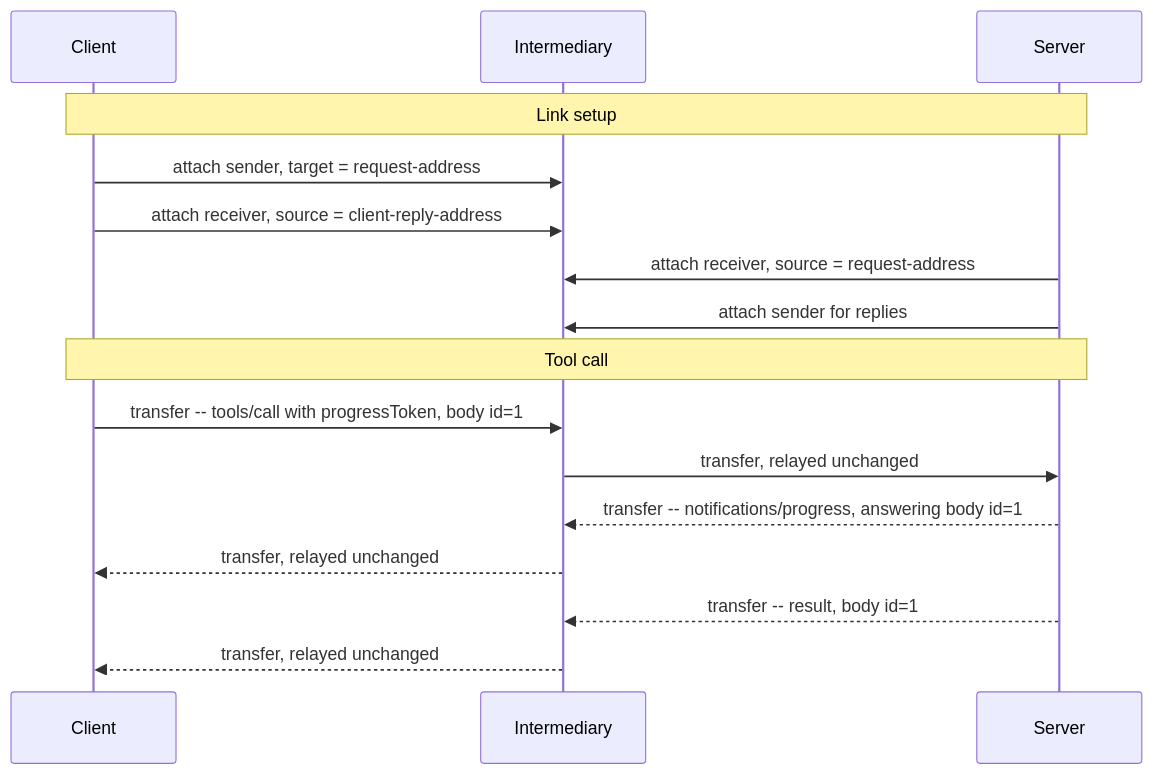
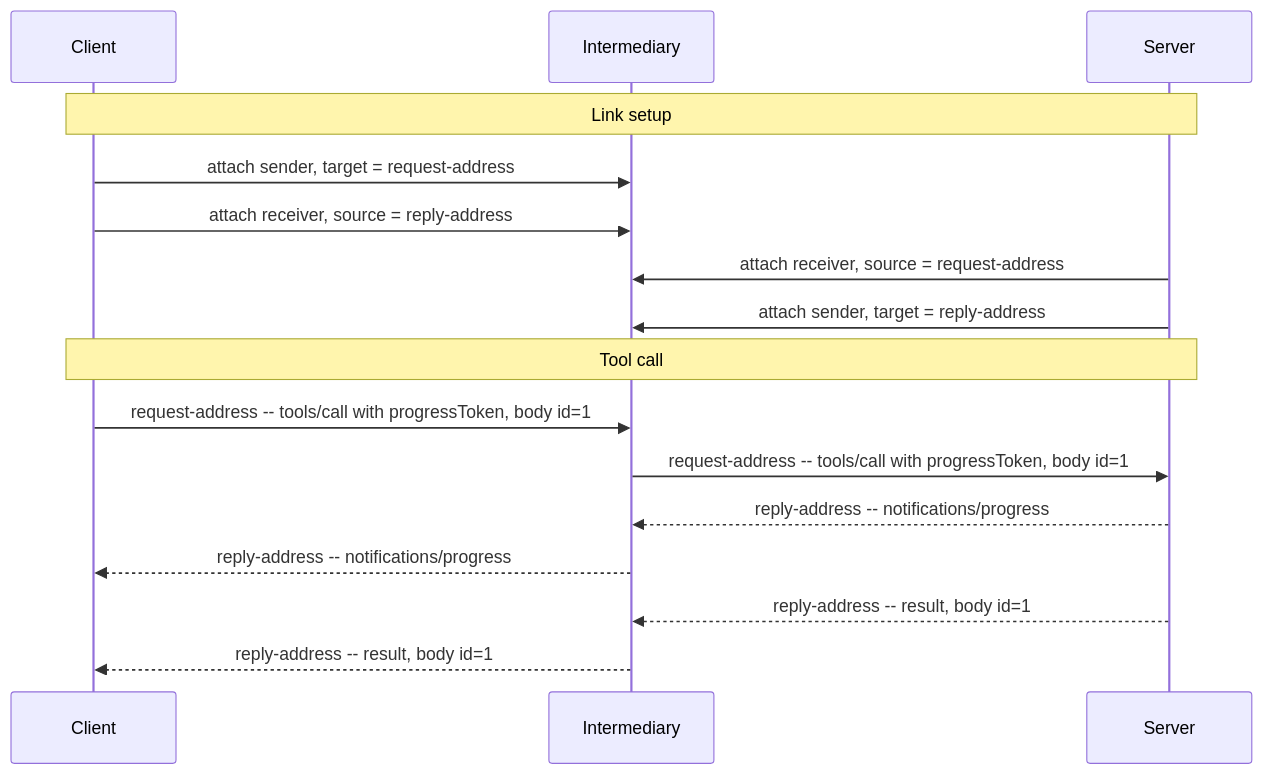
The diagram in mcp/mcp-amqp-binding-spec.md (oasis-tcs/amqp-specs), drawn with Mermaid before and after one commit. The commit also changed other lines of this file, not shown here.

````diff
--- a/mcp/mcp-amqp-binding-spec.md
+++ b/mcp/mcp-amqp-binding-spec.md
@@ -128,20 +143,20 @@
 ```mermaid
 sequenceDiagram
     participant C as Client
     participant I as Intermediary
     participant S as Server
 
     Note over C,S: Link setup
     C->>I: attach sender, target = request-address
-    C->>I: attach receiver, source = client-reply-address
+    C->>I: attach receiver, source = reply-address
     S->>I: attach receiver, source = request-address
-    S->>I: attach sender for replies
+    S->>I: attach sender, target = reply-address
 
     Note over C,S: Tool call
-    C->>I: transfer -- tools/call with progressToken, body id=1
-    I->>S: transfer, relayed unchanged
-    S-->>I: transfer -- notifications/progress, answering body id=1
-    I-->>C: transfer, relayed unchanged
-    S-->>I: transfer -- result, body id=1
-    I-->>C: transfer, relayed unchanged
+    C->>I: request-address -- tools/call with progressToken, body id=1
+    I->>S: request-address -- tools/call with progressToken, body id=1
+    S-->>I: reply-address -- notifications/progress
+    I-->>C: reply-address -- notifications/progress
+    S-->>I: reply-address -- result, body id=1
+    I-->>C: reply-address -- result, body id=1
 ```
````
